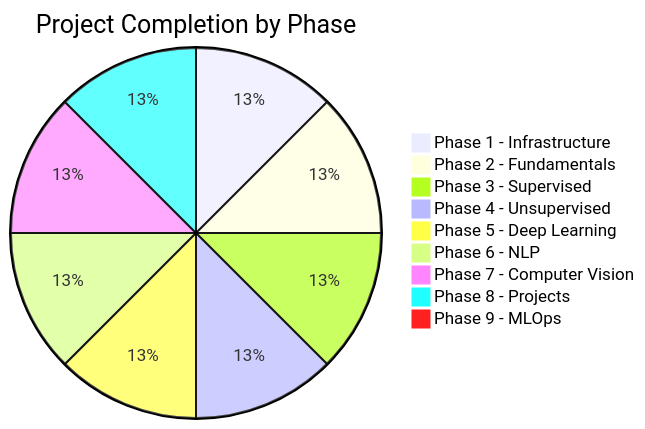
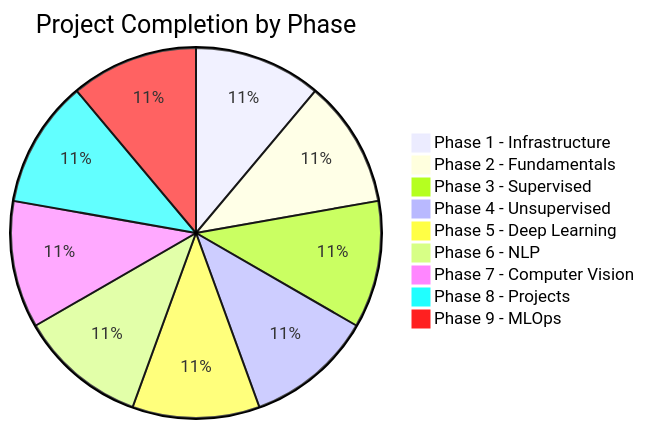
Before and after one commit to hkevin01/python-ML-learn: the tenth of 11 diagrams in README.md, drawn with Mermaid. The commit also changed other lines of this file and 3 other files, not shown here.

Commit message:
Add MLOps phase notebooks and update project status to complete

````diff
--- a/README.md
+++ b/README.md
@@ -703,12 +713,12 @@
 ```mermaid
 pie title Project Completion by Phase
     "Phase 1 - Infrastructure" : 100
     "Phase 2 - Fundamentals" : 100
     "Phase 3 - Supervised" : 100
     "Phase 4 - Unsupervised" : 100
     "Phase 5 - Deep Learning" : 100
     "Phase 6 - NLP" : 100
     "Phase 7 - Computer Vision" : 100
     "Phase 8 - Projects" : 100
-    "Phase 9 - MLOps" : 0
+    "Phase 9 - MLOps" : 100
 ```
````
